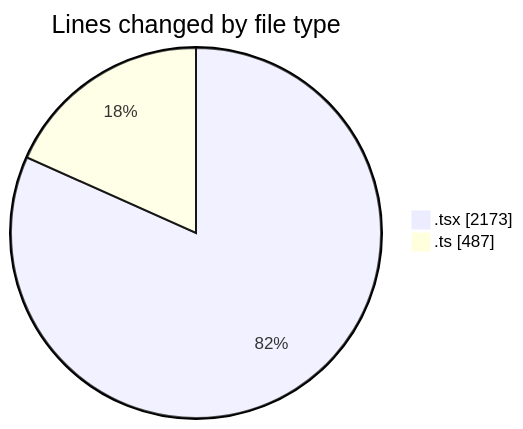
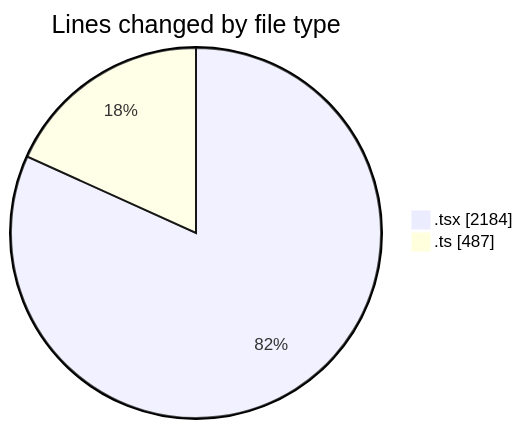
The first of 2 diagrams in 2026-03-31/nxtqube_webapp/README.md (nxtqubesakshisongat/code-tracking), drawn with Mermaid before and after one commit. The commit also changed other lines of this file and 1 other file, not shown here.

````diff
--- a/2026-03-31/nxtqube_webapp/README.md
+++ b/2026-03-31/nxtqube_webapp/README.md
@@ -23,6 +23,6 @@
 ```mermaid
 pie showData
 title Lines changed by file type
-".tsx" : 2173
+".tsx" : 2184
 ".ts" : 487
 ```
````
